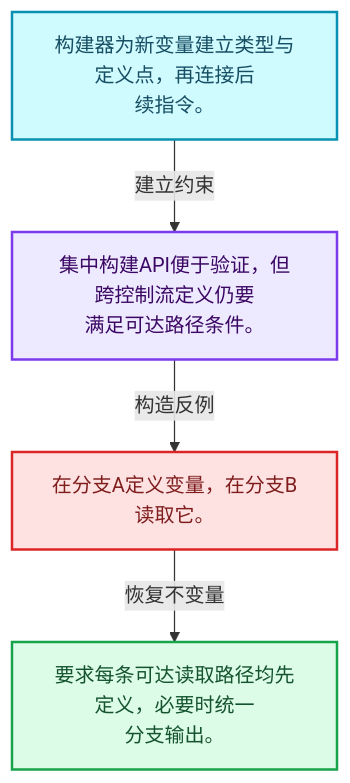
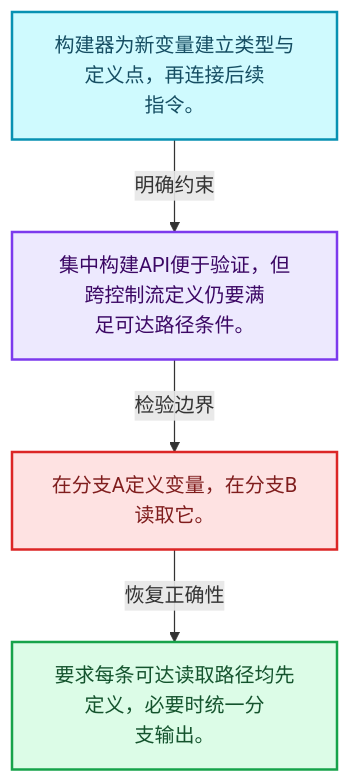
One commit to yunkezengren/blender-.vscode changed the first of 4 diagrams in 杂/markdown/全面学习-codex/07-MultiFunction与批量执行/08-ProcedureBuilder.md. Above: the diagram before and after it, drawn with Mermaid. The commit also changed other lines of this file and 1930 other files, not shown here.

````diff
--- a/杂/markdown/全面学习-codex/07-MultiFunction与批量执行/08-ProcedureBuilder.md
+++ b/杂/markdown/全面学习-codex/07-MultiFunction与批量执行/08-ProcedureBuilder.md
@@ -29,16 +29,16 @@
 ```mermaid
 flowchart TB
-  M["构建器为新变量建立类型与定义点，再连接后<br/>续指令。"]:::data
-  T["集中构建API便于验证，但跨控制流定义仍要<br/>满足可达路径条件。"]:::abstraction
-  X["在分支A定义变量，在分支B读取它。"]:::error
-  A["要求每条可达读取路径均先定义，必要时统一<br/>分支输出。"]:::result
-  M -->|"建立约束"| T
-  T -->|"构造反例"| X
-  X -->|"恢复不变量"| A
+  M["构建器为新变量建立类型与定义点，再连接后续<br/>指令。"]:::data
+  C["集中构建API便于验证，但跨控制流定义仍要满<br/>足可达路径条件。"]:::abstraction
+  B["在分支A定义变量，在分支B读取它。"]:::error
+  R["要求每条可达读取路径均先定义，必要时统一分<br/>支输出。"]:::result
+  M -->|"明确约束"| C
+  C -->|"检验边界"| B
+  B -->|"恢复正确性"| R
   classDef input fill:#DBEAFE,stroke:#2563EB,color:#172554,stroke-width:2px;
   classDef data fill:#CFFAFE,stroke:#0891B2,color:#164E63,stroke-width:2px;
   classDef abstraction fill:#EDE9FE,stroke:#7C3AED,color:#3B0764,stroke-width:2px;
   classDef compute fill:#FEF3C7,stroke:#D97706,color:#78350F,stroke-width:2px;
   classDef result fill:#DCFCE7,stroke:#16A34A,color:#14532D,stroke-width:2px;
   classDef error fill:#FEE2E2,stroke:#DC2626,color:#7F1D1D,stroke-width:2px;
 ```
````
